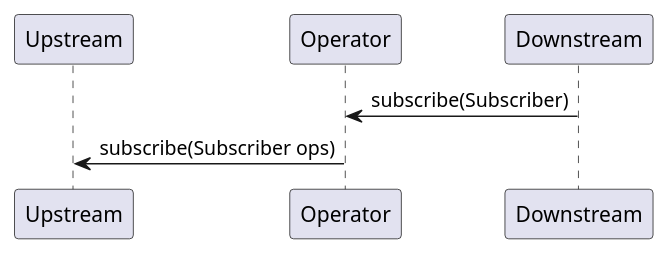
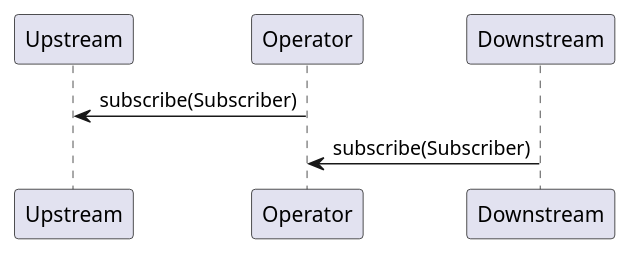
One commit to yanghoon/obsidian-workspace changed the second of 2 diagrams in _diary/2024-06-18.md. Above: the diagram before and after it, drawn with PlantUML.

Commit message:
vault backup: 2024-06-19 00:39:41

````diff
--- a/_diary/2024-06-18.md
+++ b/_diary/2024-06-18.md
@@ -39,12 +39,12 @@
 ```plantuml
 @startuml
 
 participant Upstream as Up
 participant Operator as Ops
 participant Downstream as Down
 
+Ops -> Up: subscribe(Subscriber)
 Down -> Ops: subscribe(Subscriber)
-Ops -> Up: subscribe(Subscriber ops)
 
 @enduml
 ```
````
